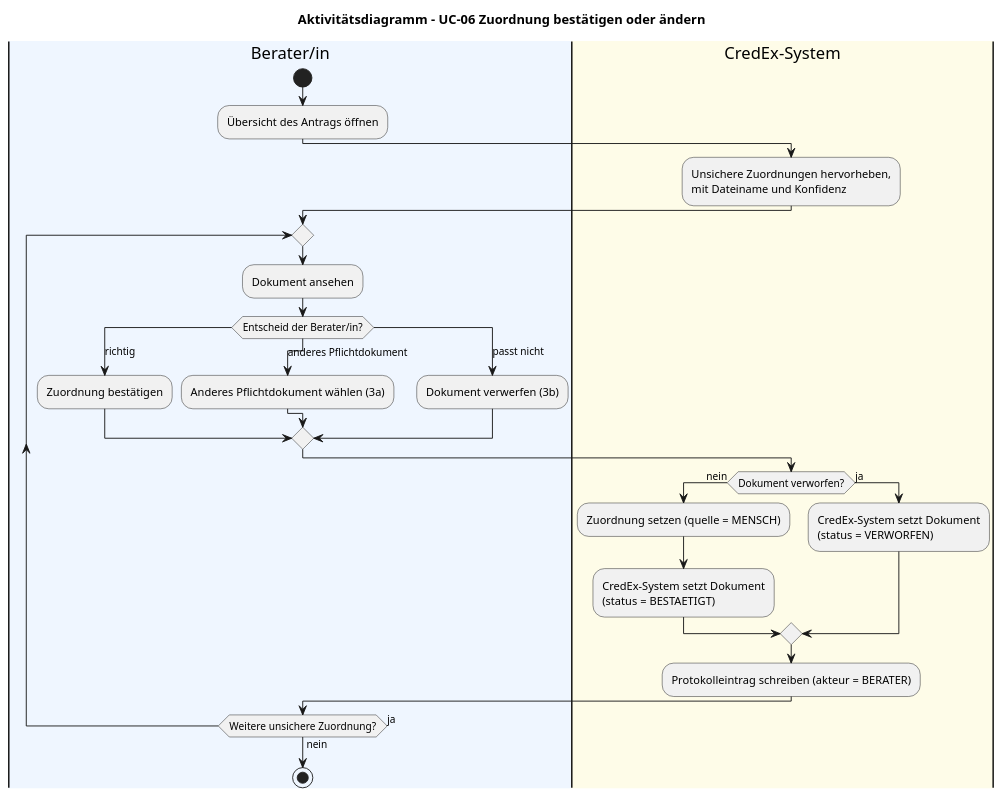
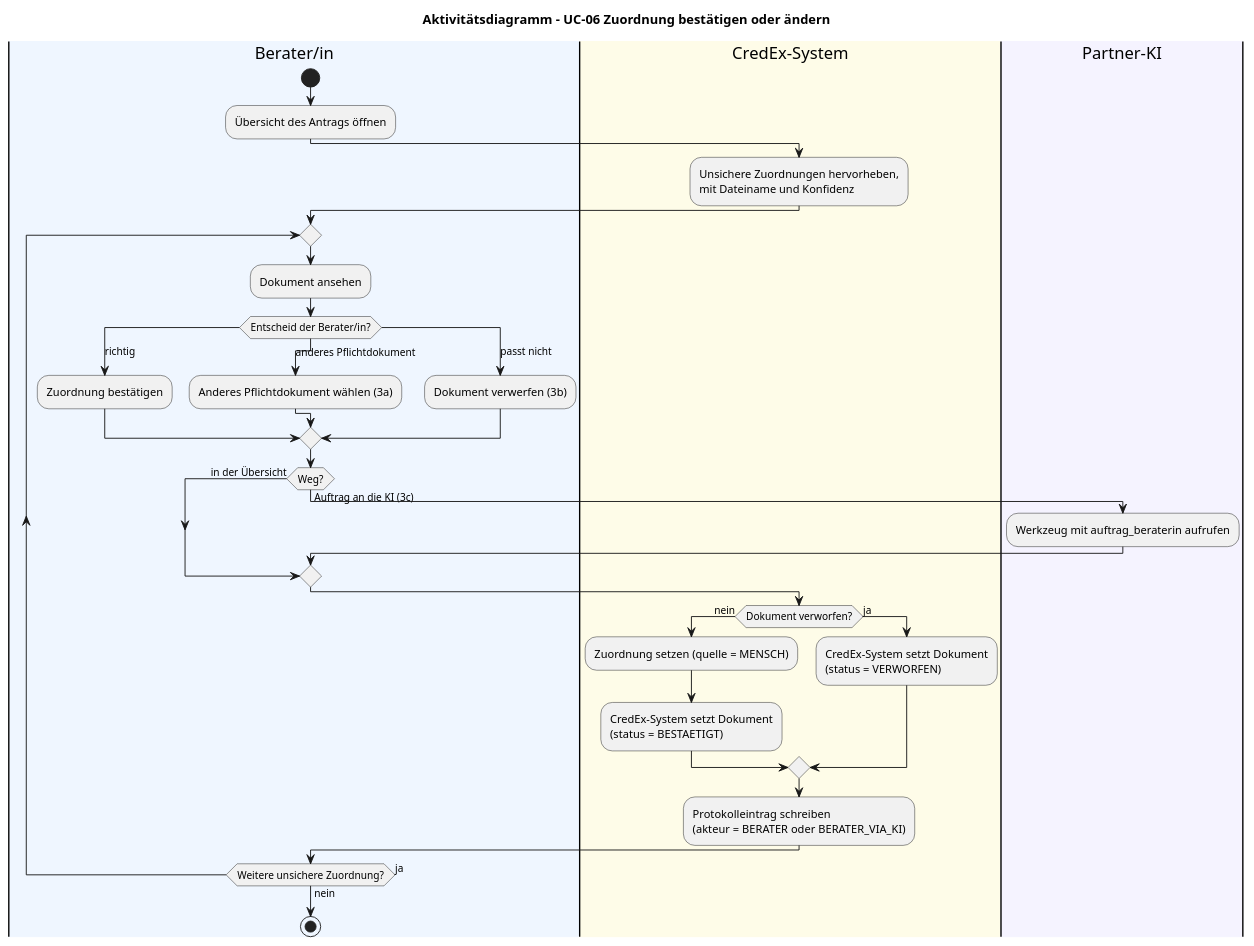
Before and after one commit to chocobear26/credex-cas: the diagram in content/use_case/zuordnung_bestaetigen/zuordnungBestaetigen.puml, drawn with PlantUML. The commit also changed 121 other files, not shown here.

```diff
--- a/content/use_case/zuordnung_bestaetigen/zuordnungBestaetigen.puml
+++ b/content/use_case/zuordnung_bestaetigen/zuordnungBestaetigen.puml
@@ -1,31 +1,36 @@
 @startuml zuordnungBestaetigen
 title Aktivitätsdiagramm – UC-06 Zuordnung bestätigen oder ändern
 |#EFF6FF|Berater/in|
 start
 :Übersicht des Antrags öffnen;
 |#FEFCE8|CredEx-System|
 :Unsichere Zuordnungen hervorheben,\nmit Dateiname und Konfidenz;
 |Berater/in|
 repeat
   :Dokument ansehen;
   switch (Entscheid der Berater/in?)
   case (richtig)
     :Zuordnung bestätigen;
   case (anderes Pflichtdokument)
     :Anderes Pflichtdokument wählen (3a);
   case (passt nicht)
     :Dokument verwerfen (3b);
   endswitch
+  if (Weg?) then (in der Übersicht)
+  else (Auftrag an die KI (3c))
+    |#F5F3FF|Partner-KI|
+    :Werkzeug mit auftrag_beraterin aufrufen;
+  endif
   |CredEx-System|
   if (Dokument verworfen?) then (nein)
     :Zuordnung setzen (quelle = MENSCH);
     :CredEx-System setzt Dokument\n(status = BESTAETIGT);
   else (ja)
     :CredEx-System setzt Dokument\n(status = VERWORFEN);
   endif
-  :Protokolleintrag schreiben (akteur = BERATER);
+  :Protokolleintrag schreiben\n(akteur = BERATER oder BERATER_VIA_KI);
   |Berater/in|
 repeat while (Weitere unsichere Zuordnung?) is (ja) not (nein)
 stop
 
 @enduml
```
